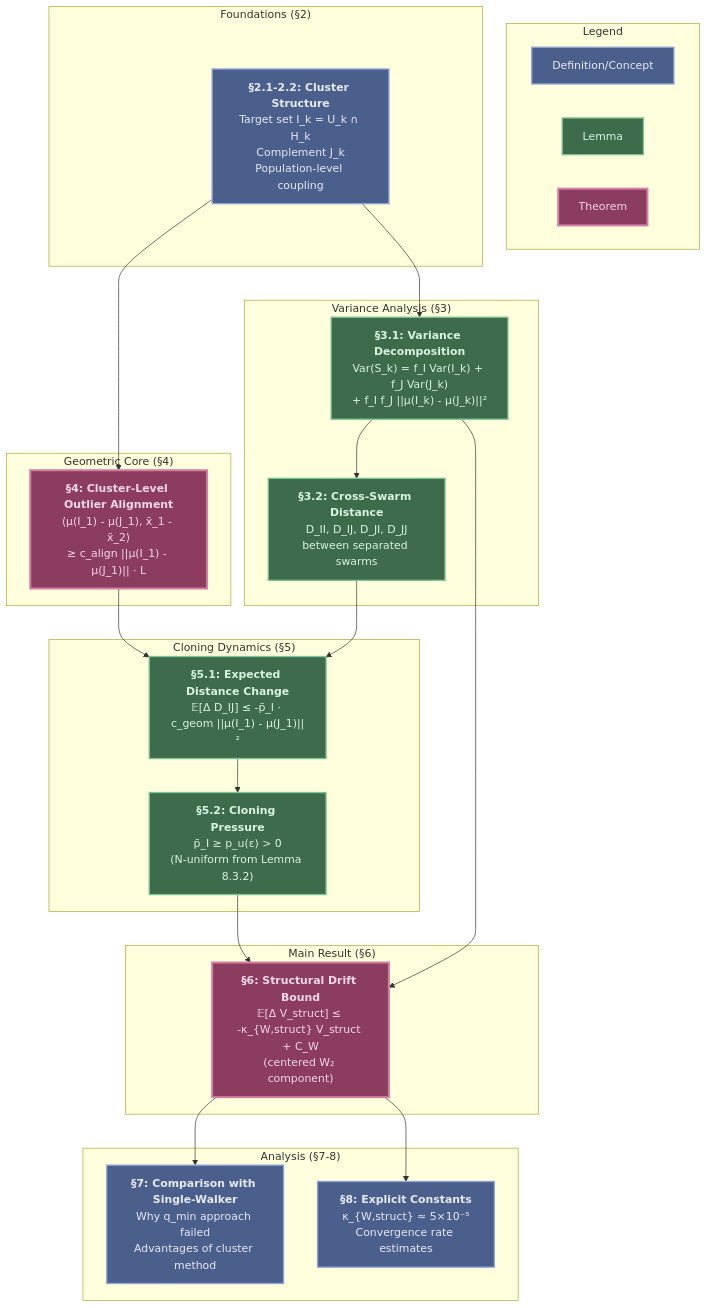
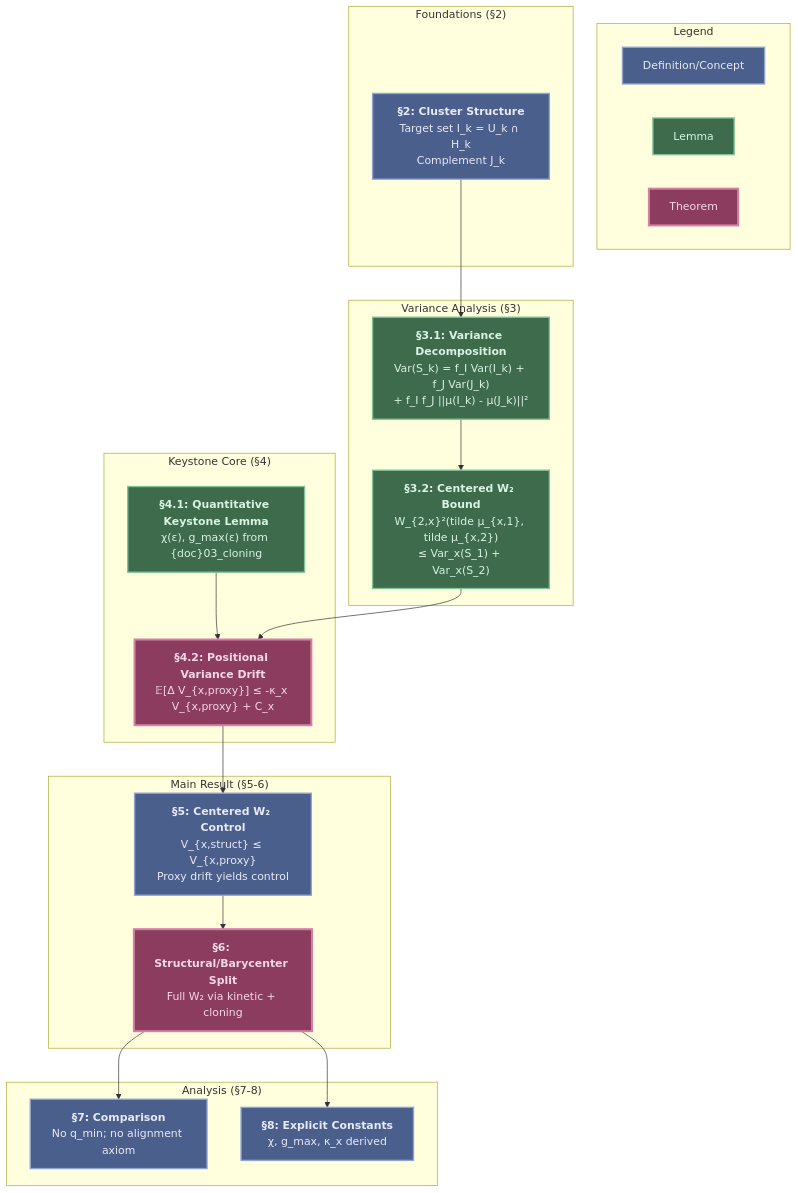
Before and after one commit to FragileTech/fragile: the diagram in docs/source/3_fractal_gas/appendices/04_wasserstein_contraction.md, drawn with Mermaid. The commit also changed other lines of this file and 21 other files, not shown here.

````diff
--- a/docs/source/3_fractal_gas/appendices/04_wasserstein_contraction.md
+++ b/docs/source/3_fractal_gas/appendices/04_wasserstein_contraction.md
@@ -73,51 +96,46 @@
 ```{mermaid}
 graph TD
     subgraph "Legend"
         L1["Definition/Concept"]:::stateStyle
         L2["Lemma"]:::lemmaStyle
         L3["Theorem"]:::theoremStyle
     end
 
     subgraph "Foundations (§2)"
-        A["<b>§2.1-2.2: Cluster Structure</b><br>Target set I_k = U_k ∩ H_k<br>Complement J_k<br>Population-level coupling"]:::stateStyle
+        A["<b>§2: Cluster Structure</b><br>Target set I_k = U_k ∩ H_k<br>Complement J_k"]:::stateStyle
     end
 
     subgraph "Variance Analysis (§3)"
         B["<b>§3.1: Variance Decomposition</b><br>Var(S_k) = f_I Var(I_k) + f_J Var(J_k)<br>+ f_I f_J ||μ(I_k) - μ(J_k)||²"]:::lemmaStyle
-        C["<b>§3.2: Cross-Swarm Distance</b><br>D_II, D_IJ, D_JI, D_JJ<br>between separated swarms"]:::lemmaStyle
+        C["<b>§3.2: Centered W₂ Bound</b><br>W_{2,x}²(tilde μ_{x,1}, tilde μ_{x,2})<br>≤ Var_x(S_1) + Var_x(S_2)"]:::lemmaStyle
     end
 
-    subgraph "Geometric Core (§4)"
-        D["<b>§4: Cluster-Level Outlier Alignment</b><br>⟨μ(I_1) - μ(J_1), x̄_1 - x̄_2⟩<br>≥ c_align ||μ(I_1) - μ(J_1)|| · L"]:::theoremStyle
+    subgraph "Keystone Core (§4)"
+        D["<b>§4.1: Quantitative Keystone Lemma</b><br>χ(ε), g_max(ε) from {doc}03_cloning"]:::lemmaStyle
+        E["<b>§4.2: Positional Variance Drift</b><br>𝔼[Δ V_{x,proxy}] ≤ -κ_x V_{x,proxy} + C_x"]:::theoremStyle
     end
 
-    subgraph "Cloning Dynamics (§5)"
-        E["<b>§5.1: Expected Distance Change</b><br>𝔼[Δ D_IJ] ≤ -p̄_I · c_geom ||μ(I_1) - μ(J_1)||²"]:::lemmaStyle
-        F["<b>§5.2: Cloning Pressure</b><br>p̄_I ≥ p_u(ε) > 0<br>(N-uniform from Lemma 8.3.2)"]:::lemmaStyle
-    end
-
-    subgraph "Main Result (§6)"
-        G["<b>§6: Structural Drift Bound</b><br>𝔼[Δ V_struct] ≤ -κ_{W,struct} V_struct + C_W<br>(centered W₂ component)"]:::theoremStyle
+    subgraph "Main Result (§5-6)"
+        F["<b>§5: Centered W₂ Control</b><br>V_{x,struct} ≤ V_{x,proxy}<br>Proxy drift yields control"]:::stateStyle
+        G["<b>§6: Structural/Barycenter Split</b><br>Full W₂ via kinetic + cloning"]:::theoremStyle
     end
 
     subgraph "Analysis (§7-8)"
-        H["<b>§7: Comparison with Single-Walker</b><br>Why q_min approach failed<br>Advantages of cluster method"]:::stateStyle
-        I["<b>§8: Explicit Constants</b><br>κ_{W,struct} ≈ 5×10⁻⁵<br>Convergence rate estimates"]:::stateStyle
+        H["<b>§7: Comparison</b><br>No q_min; no alignment axiom"]:::stateStyle
+        I["<b>§8: Explicit Constants</b><br>χ, g_max, κ_x derived"]:::stateStyle
     end
 
     A --> B
     B --> C
-    A --> D
     D --> E
     C --> E
     E --> F
     F --> G
-    B --> G
     G --> H
     G --> I
 
     classDef stateStyle fill:#4a5f8c,stroke:#8fa4d4,stroke-width:2px,color:#e8eaf6
     classDef axiomStyle fill:#8c6239,stroke:#d4a574,stroke-width:2px,stroke-dasharray: 5 5,color:#f4e8d8
     classDef lemmaStyle fill:#3d6b4b,stroke:#7fc296,stroke-width:2px,color:#d8f4e3
     classDef theoremStyle fill:#8c3d5f,stroke:#d47fa4,stroke-width:3px,color:#f4d8e8
 ```
````
